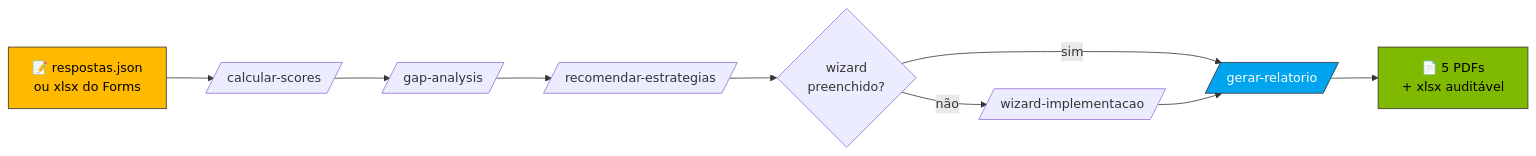
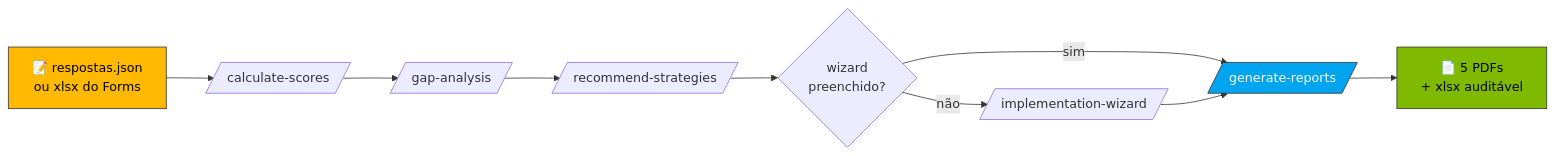
Before and after one commit to paulasilvatech/ai-maturity-client-kit: the diagram in README.md, drawn with Mermaid. The commit also changed other lines of this file and 72 other files, not shown here.

````diff
--- a/README.md
+++ b/README.md
@@ -25,14 +25,14 @@
 ```mermaid
 flowchart LR
-    A[📝 respostas.json<br/>ou xlsx do Forms] --> B[/calcular-scores/]
+    A[📝 respostas.json<br/>ou xlsx do Forms] --> B[/calculate-scores/]
     B --> C[/gap-analysis/]
-    C --> D[/recomendar-estrategias/]
+    C --> D[/recommend-strategies/]
     D --> E{wizard<br/>preenchido?}
-    E -- sim --> F[/gerar-relatorio/]
-    E -- não --> G[/wizard-implementacao/]
+    E -- sim --> F[/generate-reports/]
+    E -- não --> G[/implementation-wizard/]
     G --> F
     F --> H[📄 5 PDFs<br/>+ xlsx auditável]
     style A fill:#FFB900,stroke:#333,color:#000
     style H fill:#7FBA00,stroke:#333,color:#000
     style F fill:#00A4EF,stroke:#333,color:#fff
 ```
````
